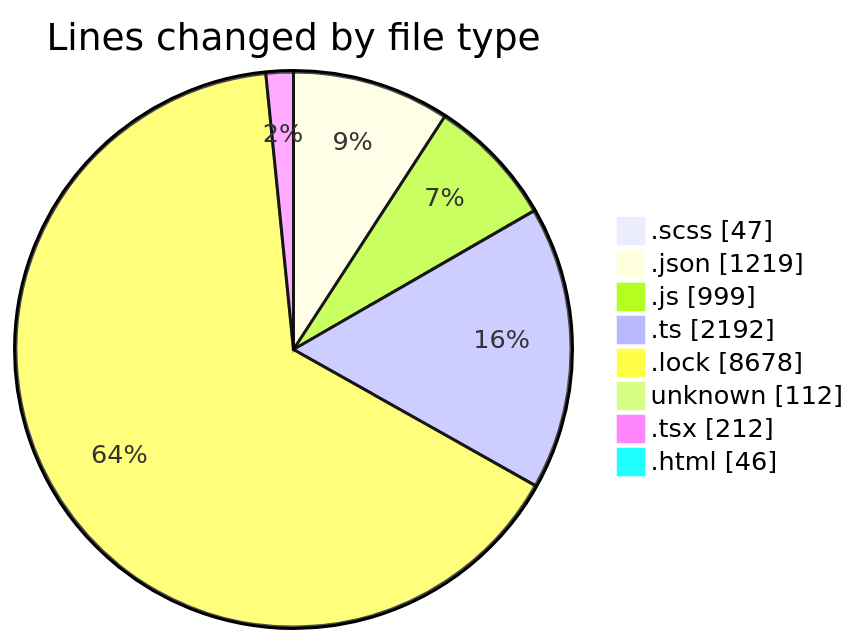
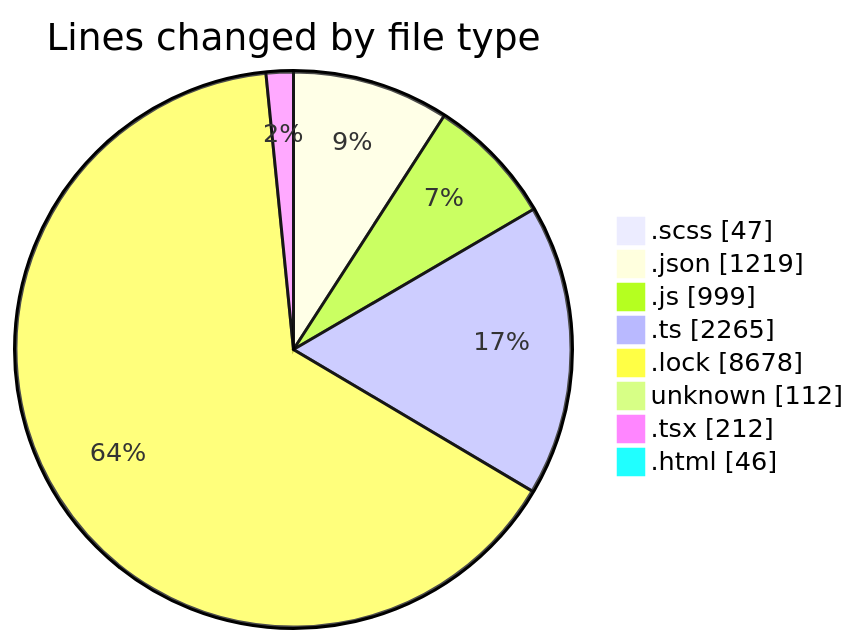
The first of 2 diagrams in 2026-04-21/cda/README.md (momahboobian/code-tracking), drawn with Mermaid before and after one commit. The commit also changed other lines of this file and 1 other file, not shown here.

````diff
--- a/2026-04-21/cda/README.md
+++ b/2026-04-21/cda/README.md
@@ -52,12 +53,12 @@
 ```mermaid
 pie showData
 title Lines changed by file type
 ".scss" : 47
 ".json" : 1219
 ".js" : 999
-".ts" : 2192
+".ts" : 2265
 ".lock" : 8678
 "unknown" : 112
 ".tsx" : 212
 ".html" : 46
 ```
````
